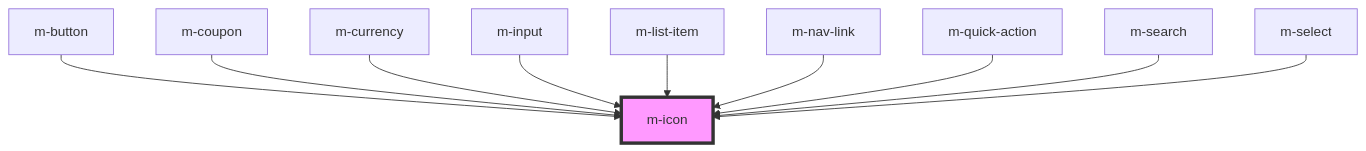
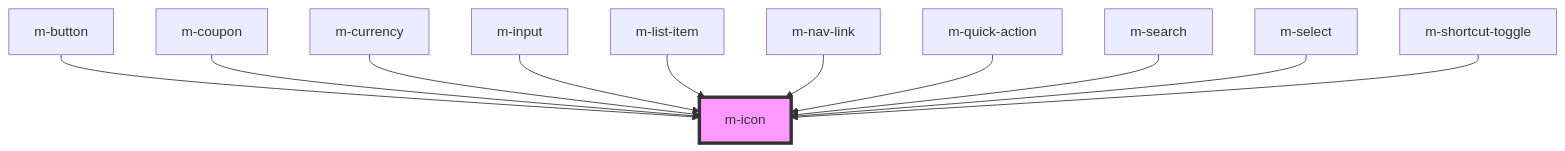
Before and after one commit to dynamic-framework/dynamic-ui: the diagram in design-system/src/components/m-icon/readme.md, drawn with Mermaid. The commit also changed other lines of this file and 5 other files, not shown here.

Commit message:
feat: shortcut-toggle component

````diff
--- a/design-system/src/components/m-icon/readme.md
+++ b/design-system/src/components/m-icon/readme.md
@@ -34,13 +35,14 @@
 ```mermaid
 graph TD;
   m-button --> m-icon
   m-coupon --> m-icon
   m-currency --> m-icon
   m-input --> m-icon
   m-list-item --> m-icon
   m-nav-link --> m-icon
   m-quick-action --> m-icon
   m-search --> m-icon
   m-select --> m-icon
+  m-shortcut-toggle --> m-icon
   style m-icon fill:#f9f,stroke:#333,stroke-width:4px
 ```
````
